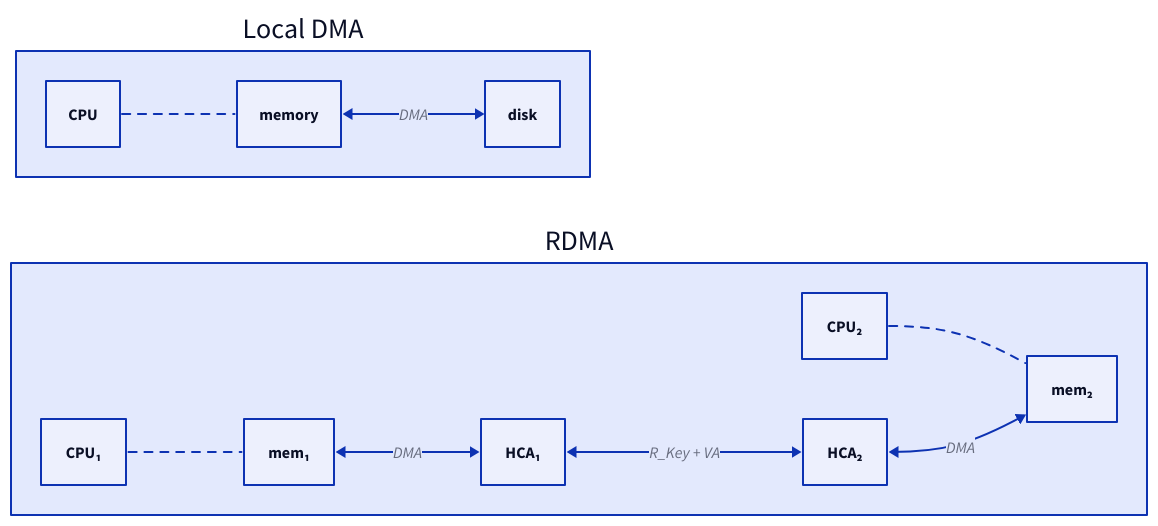
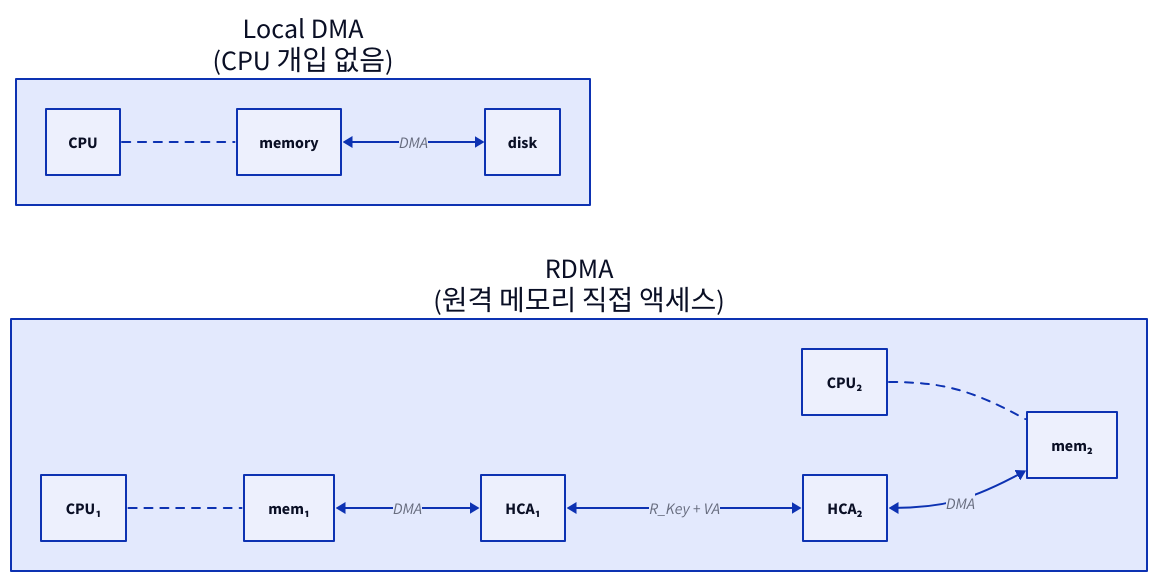
The third of 7 diagrams in topics/rdma/docs/01_rdma_motivation.md (humbleowl39/DV_SKOOL), drawn with D2 before and after one commit. The commit also changed other lines of this file and 90 other files, not shown here.

First line of the commit message:
docs: 전 토픽 다이어그램 정비 — ASCII→D2, mermaid→D2, 과대 D2 가시성 수정

````diff
--- a/topics/rdma/docs/01_rdma_motivation.md
+++ b/topics/rdma/docs/01_rdma_motivation.md
@@ -261,25 +262,27 @@
 ```d2
 direction: right
 
-DMAg: "Local DMA" {
+DMAg: "Local DMA\n(CPU 개입 없음)" {
+  direction: down
   LD_CPU: CPU
   LD_MEM: memory
   LD_DISK: disk
   LD_CPU -- LD_MEM: { style.stroke-dash: 4 }
   LD_MEM <-> LD_DISK: "DMA"
 }
 
-RDMAg: "RDMA" {
+RDMAg: "RDMA\n(원격 메모리 직접 액세스)" {
+  direction: down
   R_CPU1: "CPU₁"
   R_MEM1: "mem₁"
   R_HCA1: "HCA₁"
   R_HCA2: "HCA₂"
   R_MEM2: "mem₂"
   R_CPU2: "CPU₂"
   R_CPU1 -- R_MEM1: { style.stroke-dash: 4 }
   R_CPU2 -- R_MEM2: { style.stroke-dash: 4 }
   R_MEM1 <-> R_HCA1: "DMA"
   R_HCA1 <-> R_HCA2: "R_Key + VA"
   R_HCA2 <-> R_MEM2: "DMA"
 }
 ```
````
